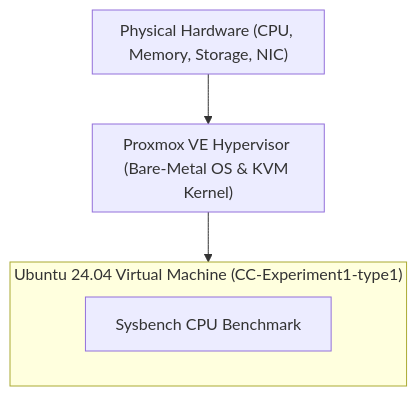
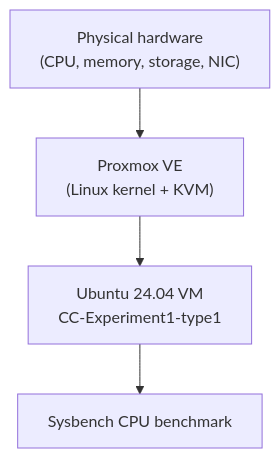
Before and after one commit to Achyuthrh/Cloud-Computing: the first of 2 diagrams in README.md, drawn with Mermaid. The commit also changed other lines of this file, not shown here.

````diff
--- a/README.md
+++ b/README.md
@@ -57,15 +57,6 @@
 ```mermaid
 graph TD
-    subgraph Physical_Hardware["Physical Hardware (CPU, Memory, Storage, NIC)"]
-    end
-    
-    subgraph Type1_Layer["Proxmox VE Hypervisor (Bare-Metal OS & KVM Kernel)"]
-    end
-    
-    subgraph Guest_VM1["Ubuntu 24.04 Virtual Machine (CC-Experiment1-type1)"]
-        Sysbench1["Sysbench CPU Benchmark"]
-    end
-    
-    Physical_Hardware --> Type1_Layer
-    Type1_Layer --> Guest_VM1
+    A["Physical hardware<br/>(CPU, memory, storage, NIC)"] --> B["Proxmox VE<br/>(Linux kernel + KVM)"]
+    B --> C["Ubuntu 24.04 VM<br/>CC-Experiment1-type1"]
+    C --> D["Sysbench CPU benchmark"]
 ```
````
